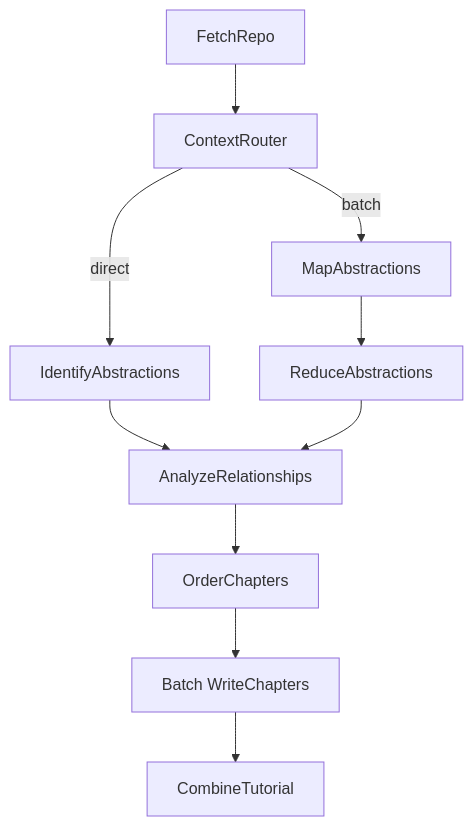
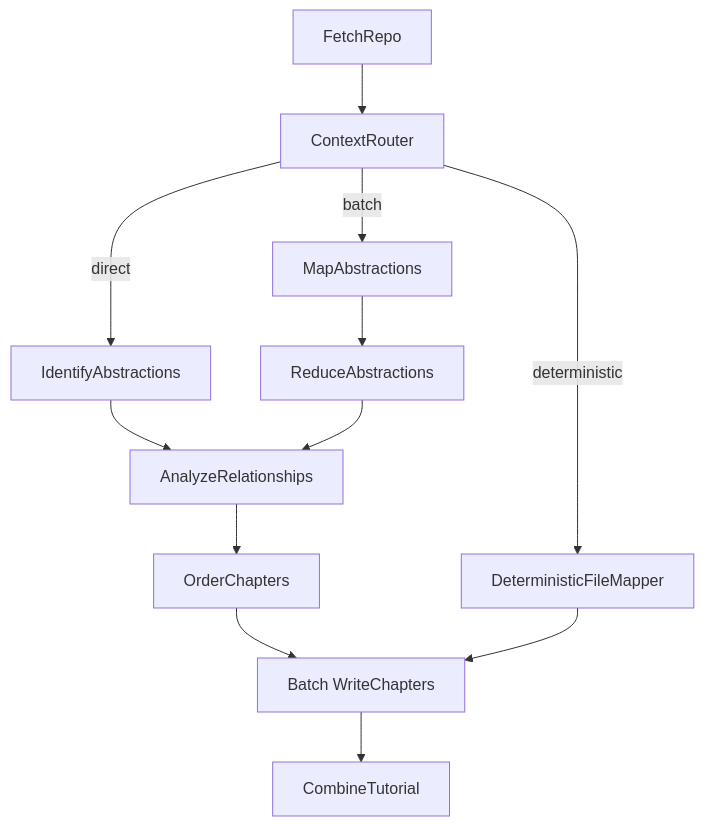
The diagram in docs/design.md (ardennguyen/Codebase-Knowledge-Builder), drawn with Mermaid before and after one commit. The commit also changed other lines of this file and 1 other file, not shown here.

````diff
--- a/docs/design.md
+++ b/docs/design.md
@@ -62,15 +64,17 @@
 ```mermaid
 flowchart TD
     A[FetchRepo] --> Router[ContextRouter]
     
     Router -->|direct| B[IdentifyAbstractions]
     Router -->|batch| M1[MapAbstractions]
+    Router -->|deterministic| DFM[DeterministicFileMapper]
     M1 --> M2[ReduceAbstractions]
     
     B --> C[AnalyzeRelationships]
     M2 --> C
     
     C --> D[OrderChapters]
     D --> E[Batch WriteChapters]
+    DFM --> E
     E --> F[CombineTutorial]
 ```
````
